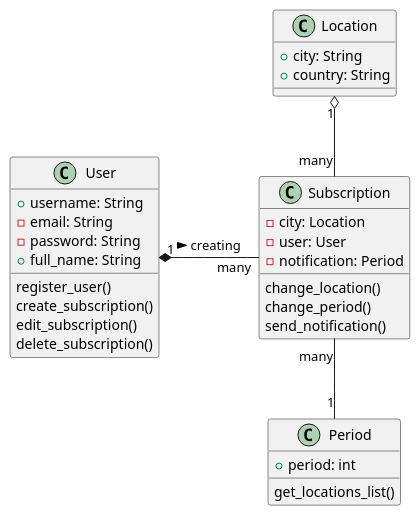
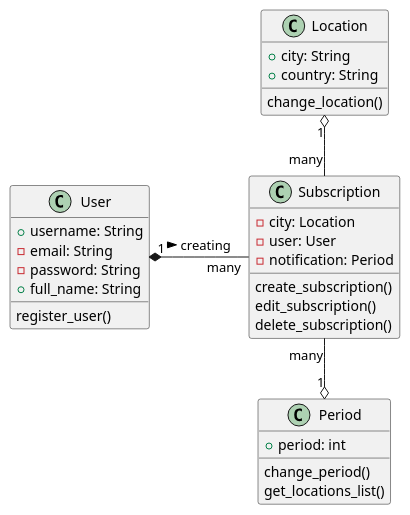
One commit to Ihor-Prokopenko/weather-reminder changed the diagram in WR.puml. Above: the diagram before and after it, drawn with PlantUML.

Commit message:
puml correction

```diff
--- a/WR.puml
+++ b/WR.puml
@@ -1,40 +1,41 @@
 @startuml
 
 class User {
     +username: String
     -email: String
     -password: String
     +full_name: String
 
     register_user()
-    create_subscription()
-    edit_subscription()
-    delete_subscription()
+
 }
 
 class Subscription {
     -city: Location
     -user: User
     -notification: Period
 
-    change_location()
-    change_period()
-    send_notification()
+    create_subscription()
+    edit_subscription()
+    delete_subscription()
 }
 
 class Location {
     +city: String
     +country: String
+
+    change_location()
 }
 
 class Period {
     +period: int
 
+    change_period()
     get_locations_list()
 }
 
 User "1" *- "many" Subscription : creating >
-Subscription "many" -- "1" Period
+Subscription "many" --o "1" Period
 Location "1" o-- "many" Subscription
 
 @enduml
```
